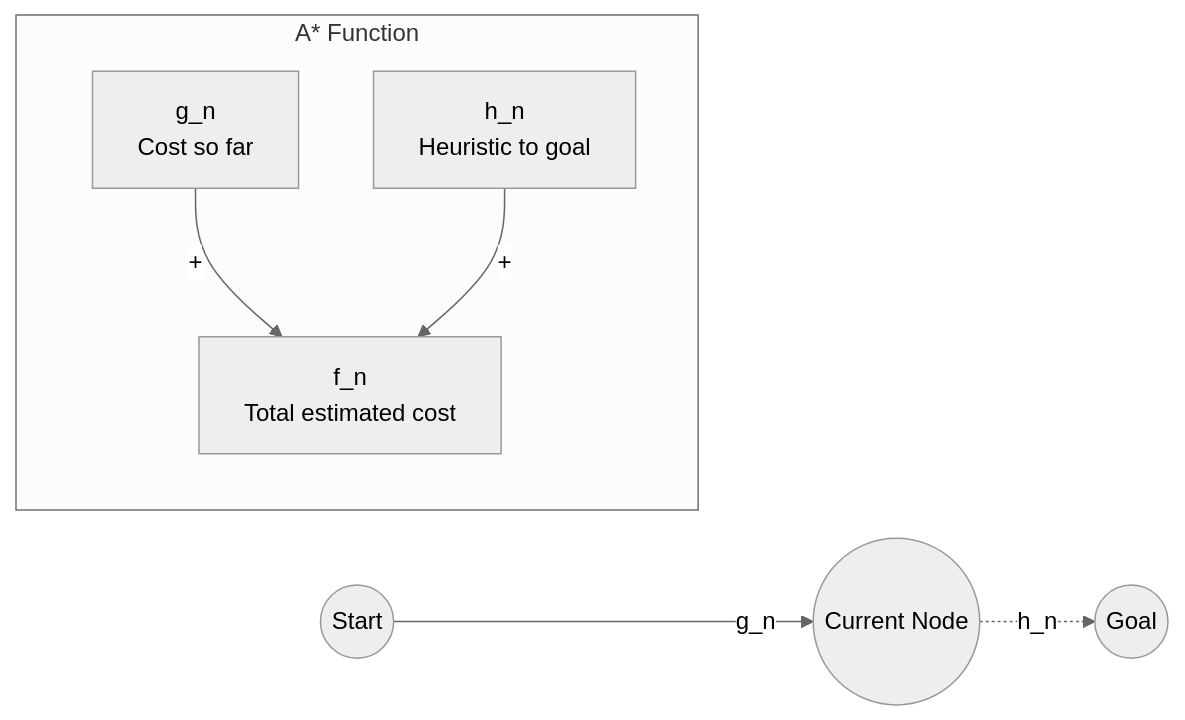
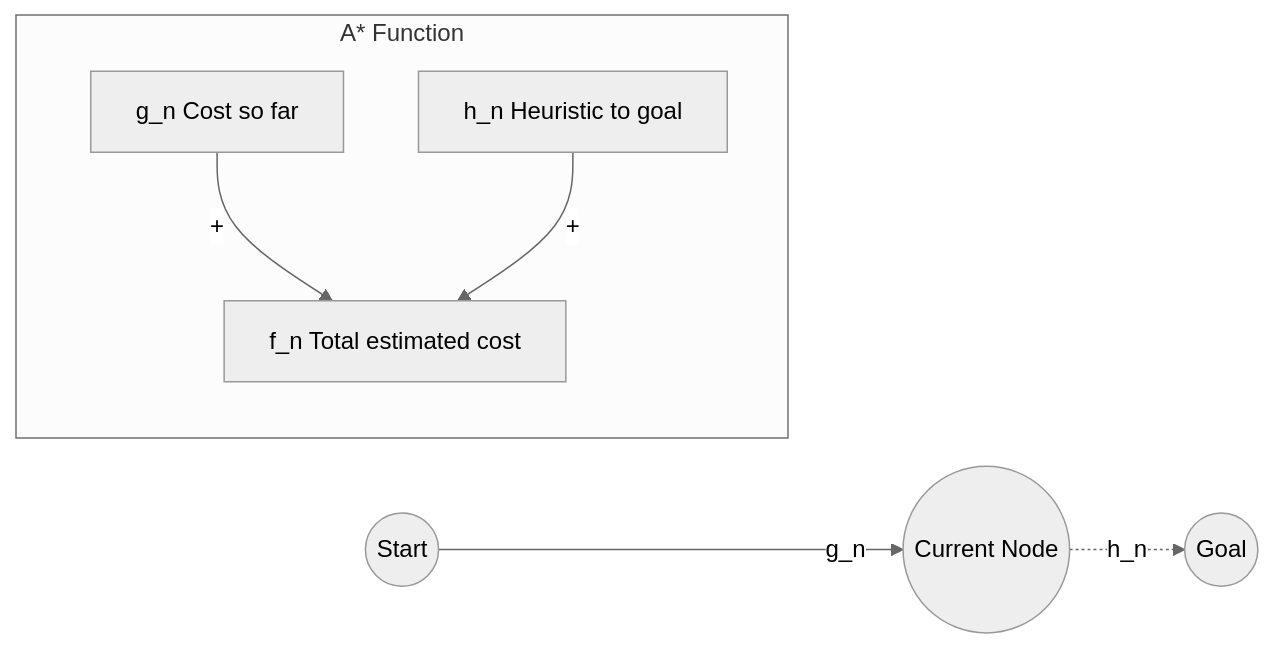
One commit to antonprafanto/dasarAI2026 changed the ninth of 12 diagrams in bab-04-pencarian.md. Above: the diagram before and after it, drawn with Mermaid (neutral theme). The commit also changed other lines of this file and 3 other files, not shown here.

Commit message:
Fix: Replace br tags in Mermaid diagrams with quoted labels

````diff
--- a/bab-04-pencarian.md
+++ b/bab-04-pencarian.md
@@ -499,11 +499,11 @@
 ```mermaid
 graph LR
     subgraph AStar [A* Function]
     direction TB
-    G[g_n<br/>Cost so far] -- + --> F[f_n<br/>Total estimated cost]
-    H[h_n<br/>Heuristic to goal] -- + --> F
+    G["g_n Cost so far"] -- + --> F["f_n Total estimated cost"]
+    H["h_n Heuristic to goal"] -- + --> F
     end
 
     Start((Start)) -->|g_n| Node((Current Node))
     Node -.->|h_n| Goal((Goal))
 ```
````
